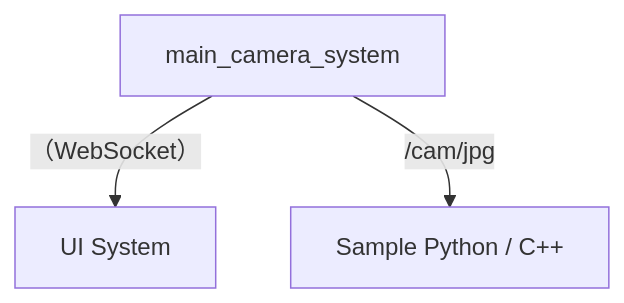
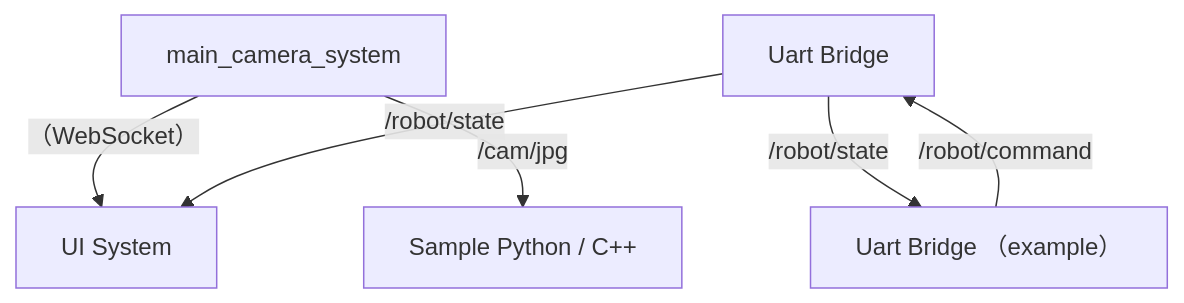
Before and after one commit to CoRE-MA-KING/roboapp: the diagram in README.md, drawn with Mermaid. The commit also changed other lines of this file, not shown here.

````diff
--- a/README.md
+++ b/README.md
@@ -27,11 +33,15 @@
 ```mermaid
     flowchart TD
 
     A[main_camera_system]
     B[UI System]
     C[Sample Python / C++]
+    U[Uart Bridge]
+    E[Uart Bridge （example）]
 
     A -- （WebSocket）--> B
     A -- /cam/jpg --> C
-
+    U -- /robot/state --> E
+    E -- /robot/command --> U
+    U -- /robot/state --> B
 ```
````
